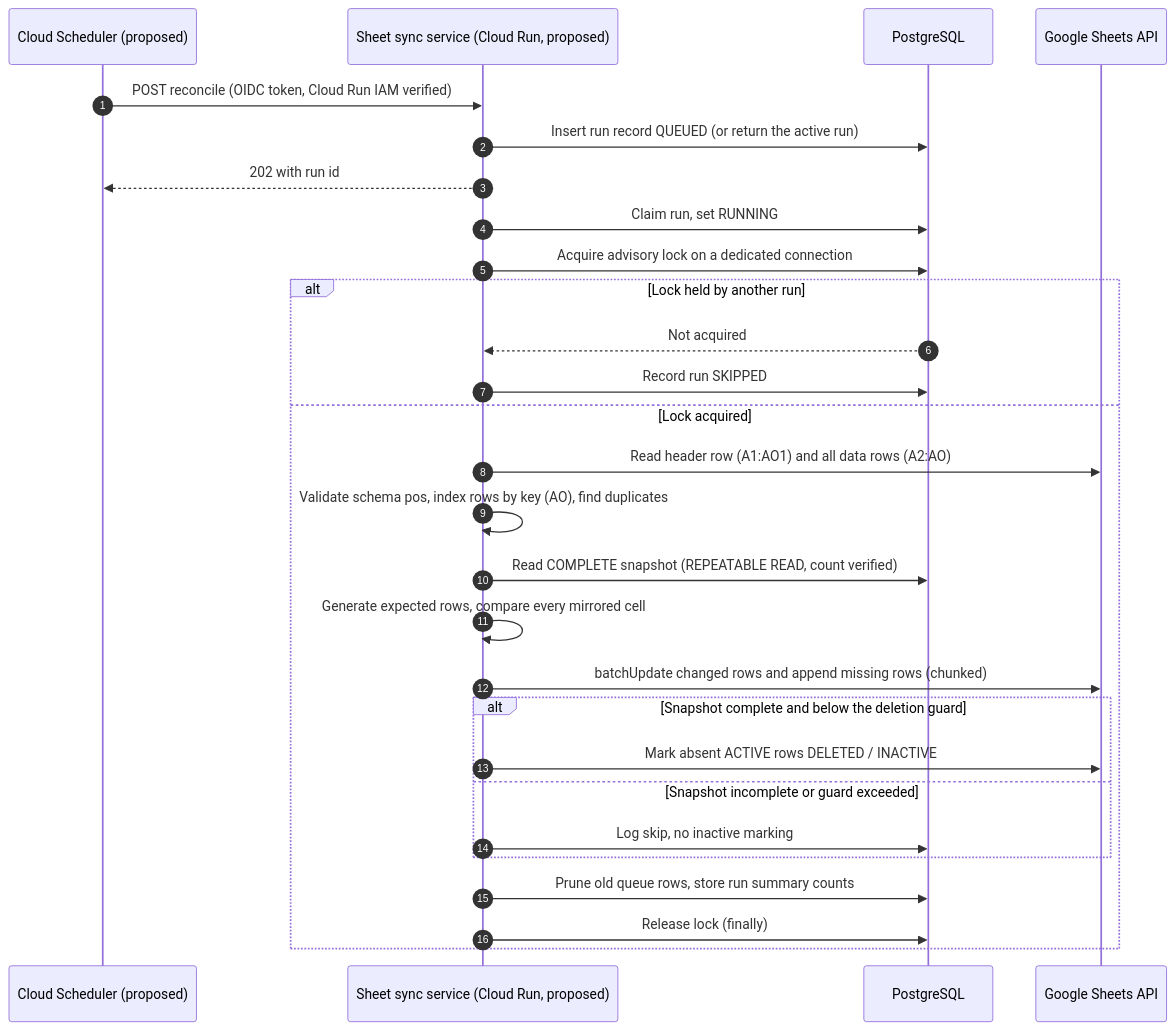
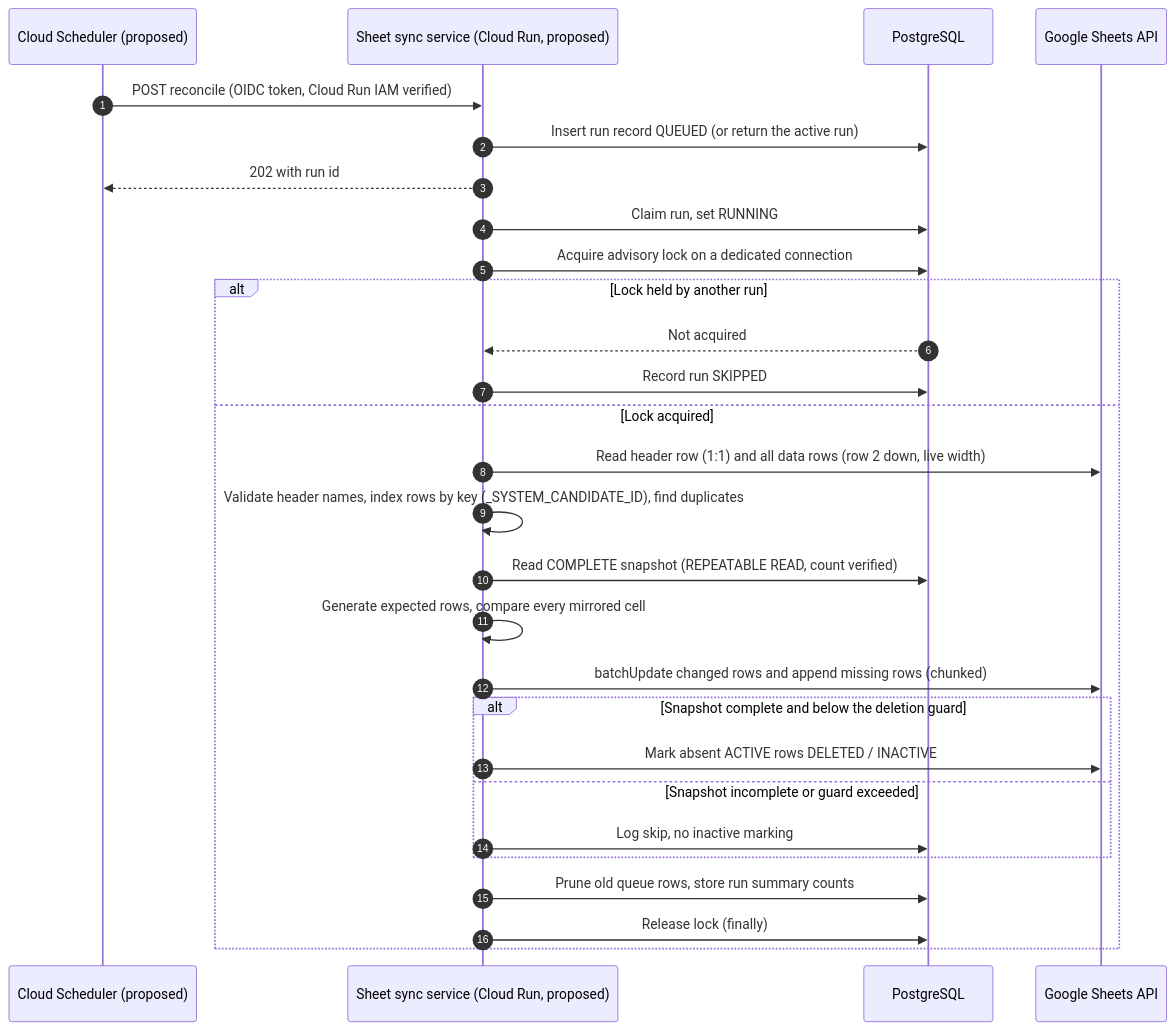
Before and after one commit to emlynk-pixel/EmlynkWABot: the fifth of 11 diagrams in Docs/GOOGLE_SHEET_CANDIDATE_SYNC_ARCHITECTURE.md, drawn with Mermaid. The commit also changed other lines of this file and 6 other files, not shown here.

````diff
--- a/Docs/GOOGLE_SHEET_CANDIDATE_SYNC_ARCHITECTURE.md
+++ b/Docs/GOOGLE_SHEET_CANDIDATE_SYNC_ARCHITECTURE.md
@@ -701,31 +701,31 @@
 ```mermaid
 sequenceDiagram
     autonumber
     participant S as Cloud Scheduler (proposed)
     participant W as Sheet sync service (Cloud Run, proposed)
     participant DB as PostgreSQL
     participant G as Google Sheets API
 
     S->>W: POST reconcile (OIDC token, Cloud Run IAM verified)
     W->>DB: Insert run record QUEUED (or return the active run)
     W-->>S: 202 with run id
     W->>DB: Claim run, set RUNNING
     W->>DB: Acquire advisory lock on a dedicated connection
     alt Lock held by another run
         DB-->>W: Not acquired
         W->>DB: Record run SKIPPED
     else Lock acquired
-        W->>G: Read header row (A1:AO1) and all data rows (A2:AO)
-        W->>W: Validate schema pos, index rows by key (AO), find duplicates
+        W->>G: Read header row (1:1) and all data rows (row 2 down, live width)
+        W->>W: Validate header names, index rows by key (_SYSTEM_CANDIDATE_ID), find duplicates
         W->>DB: Read COMPLETE snapshot (REPEATABLE READ, count verified)
         W->>W: Generate expected rows, compare every mirrored cell
         W->>G: batchUpdate changed rows and append missing rows (chunked)
         alt Snapshot complete and below the deletion guard
             W->>G: Mark absent ACTIVE rows DELETED / INACTIVE
         else Snapshot incomplete or guard exceeded
             W->>DB: Log skip, no inactive marking
         end
         W->>DB: Prune old queue rows, store run summary counts
         W->>DB: Release lock (finally)
     end
 ```
````
